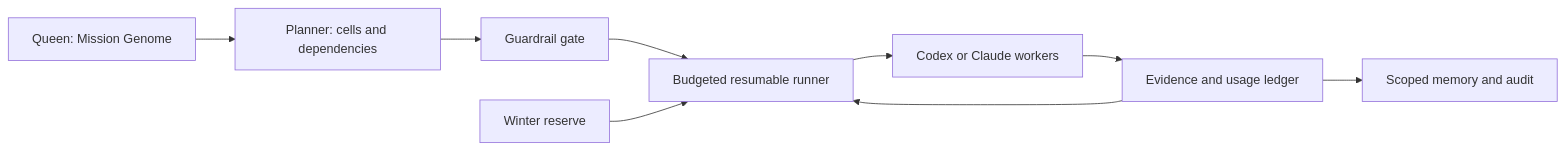
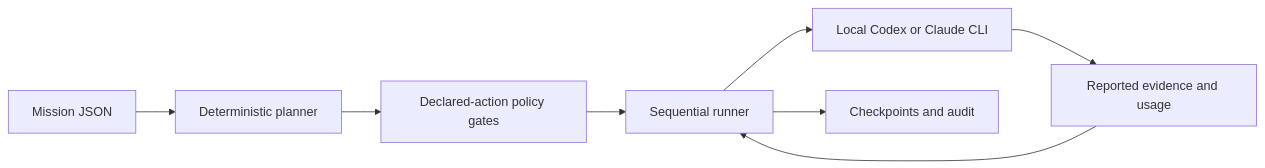
Before and after one commit to mckova/agent-hive: the diagram in README.md, drawn with Mermaid. The commit also changed other lines of this file and 52 other files, not shown here.

````diff
--- a/README.md
+++ b/README.md
@@ -11,11 +26,10 @@
 ```mermaid
 flowchart LR
-  Q["Queen: Mission Genome"] --> P["Planner: cells and dependencies"]
-  P --> G["Guardrail gate"]
-  G --> R["Budgeted resumable runner"]
-  R --> W["Codex or Claude workers"]
-  W --> E["Evidence and usage ledger"]
-  E --> R
-  E --> M["Scoped memory and audit"]
-  B["Winter reserve"] --> R
+  M["Mission JSON"] --> P["Deterministic planner"]
+  P --> G["Declared-action policy gates"]
+  G --> R["Sequential runner"]
+  R --> W["Local Codex or Claude CLI"]
+  W --> L["Reported evidence and usage"]
+  L --> R
+  R --> C["Checkpoints and audit"]
 ```
````
